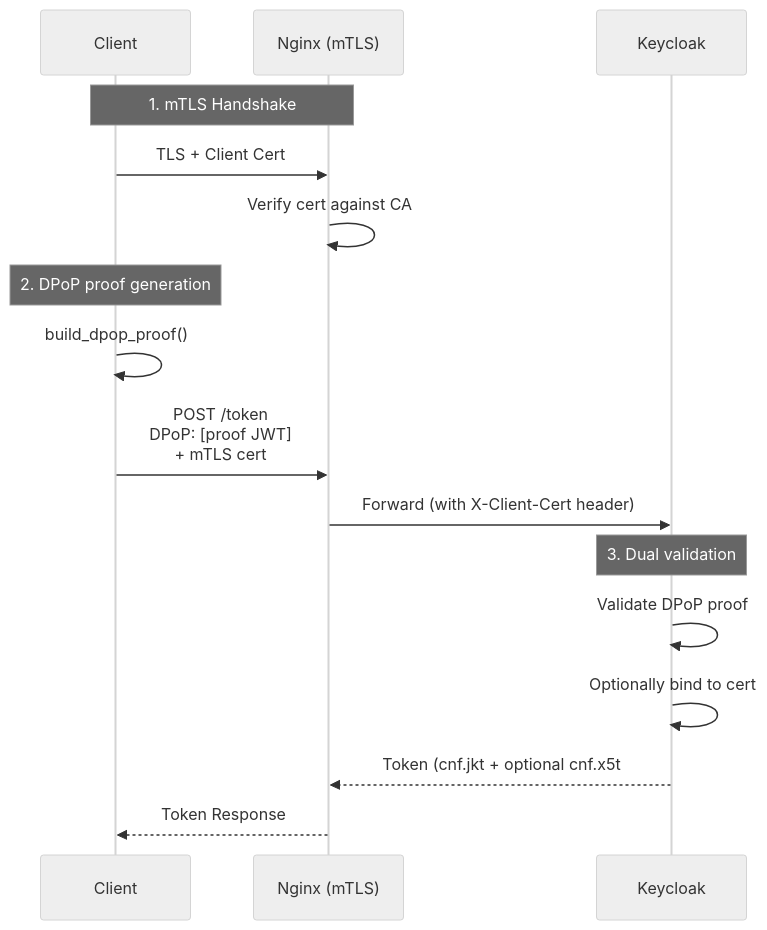
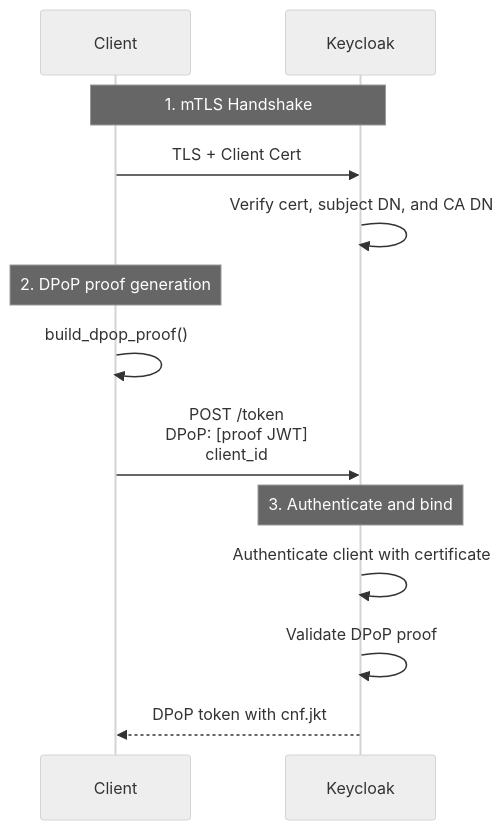
Before and after one commit to gdplabs/gl-iam-cookbook: the fifth of 5 diagrams in explorations/keycloak-dpop-mtls-lab/docs/dpop_mtls_diagrams.md, drawn with Mermaid (neutral theme). The commit also changed other lines of this file and 8 other files, not shown here.

Commit message:
fix(keycloak): enforce DPoP and mTLS token binding

````diff
--- a/explorations/keycloak-dpop-mtls-lab/docs/dpop_mtls_diagrams.md
+++ b/explorations/keycloak-dpop-mtls-lab/docs/dpop_mtls_diagrams.md
@@ -133,23 +129,20 @@
 ```mermaid
 sequenceDiagram
     participant Client
-    participant Nginx as Nginx (mTLS)
     participant KC as Keycloak
 
-    Note over Client,Nginx: 1. mTLS Handshake
-    Client->>Nginx: TLS + Client Cert
-    Nginx->>Nginx: Verify cert against CA
+    Note over Client,KC: 1. mTLS Handshake
+    Client->>KC: TLS + Client Cert
+    KC->>KC: Verify cert, subject DN, and CA DN
 
     Note over Client: 2. DPoP proof generation
     Client->>Client: build_dpop_proof()
 
-    Client->>Nginx: POST /token<br/>DPoP: [proof JWT]<br/>+ mTLS cert
-    Nginx->>KC: Forward (with X-Client-Cert header)
+    Client->>KC: POST /token<br/>DPoP: [proof JWT]<br/>client_id
 
-    Note over KC: 3. Dual validation
+    Note over KC: 3. Authenticate and bind
+    KC->>KC: Authenticate client with certificate
     KC->>KC: Validate DPoP proof
-    KC->>KC: Optionally bind to cert
 
-    KC-->>Nginx: Token (cnf.jkt + optional cnf.x5t#S256)
-    Nginx-->>Client: Token Response
+    KC-->>Client: DPoP token with cnf.jkt
 ```
````
